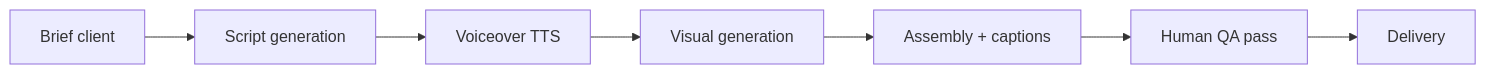
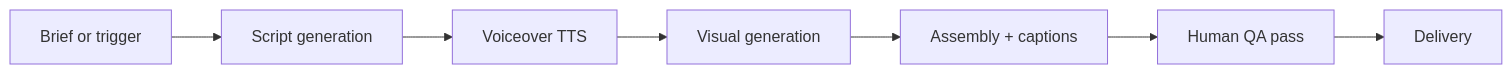
Before and after one commit to DaLiryc/expertsia: the diagram in README.md, drawn with Mermaid. The commit also changed other lines of this file, not shown here.

````diff
--- a/README.md
+++ b/README.md
@@ -17,9 +28,9 @@
 ```mermaid
 graph LR
-    B[Brief client] --> S[Script generation]
+    B[Brief or trigger] --> S[Script generation]
     S --> V[Voiceover TTS]
     V --> G[Visual generation]
     G --> A[Assembly + captions]
     A --> H[Human QA pass]
     H --> D[Delivery]
 ```
````
